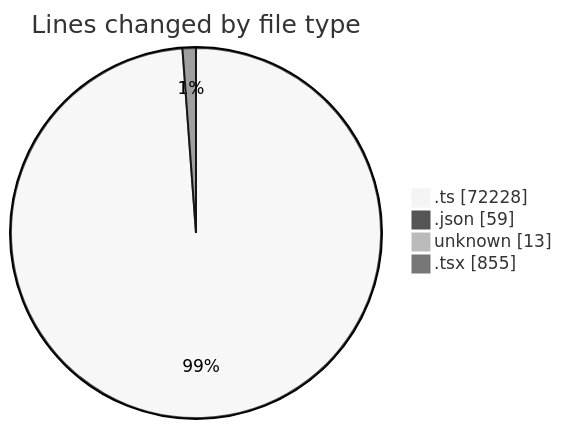
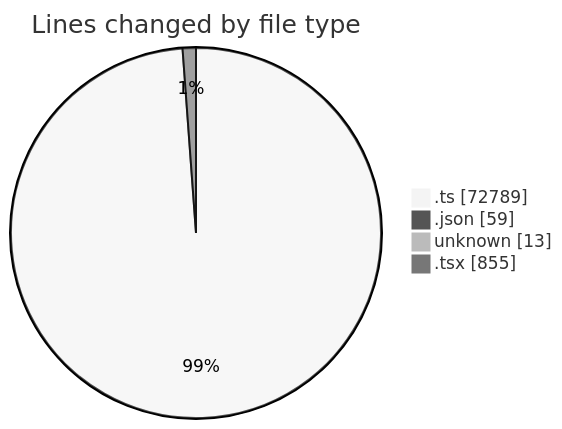
The first of 2 diagrams in 2025-09-09/cda/README.md (momahboobian/code-tracking), drawn with Mermaid (neutral theme) before and after one commit. The commit also changed other lines of this file and 1 other file, not shown here.

````diff
--- a/2025-09-09/cda/README.md
+++ b/2025-09-09/cda/README.md
@@ -124,8 +126,8 @@
 ```mermaid
 pie showData
 title Lines changed by file type
-".ts" : 72228
+".ts" : 72789
 ".json" : 59
 "unknown" : 13
 ".tsx" : 855
 ```
````
